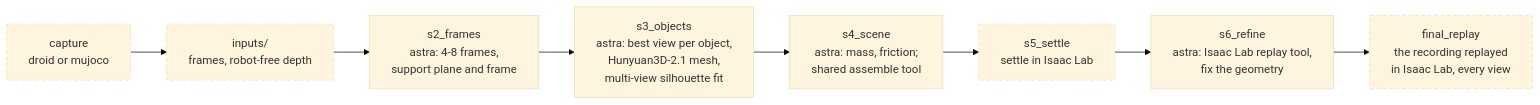
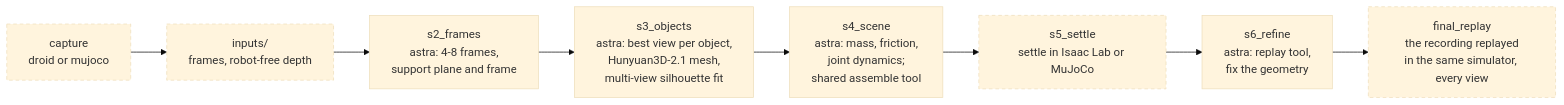
The second of 2 diagrams in README.md (weiqianwang123/R2S2R), drawn with Mermaid (base theme) before and after one commit. The commit also changed other lines of this file and 41 other files, not shown here.

First line of the commit message:
MuJoCo beside Isaac Lab, every joint's dynamics, no cloths

````diff
--- a/README.md
+++ b/README.md
@@ -60,12 +62,12 @@
 ```mermaid
 flowchart LR
   cap["capture<br/>droid or mujoco"] --> inp["inputs/<br/>frames, robot-free depth"]
   inp --> s2["s2_frames<br/>astra: 4-8 frames,<br/>support plane and frame"]
   s2 --> s3["s3_objects<br/>astra: best view per object,<br/>Hunyuan3D-2.1 mesh,<br/>multi-view silhouette fit"]
-  s3 --> s4["s4_scene<br/>astra: mass, friction;<br/>shared assemble tool"]
-  s4 --> s5["s5_settle<br/>settle in Isaac Lab"]
-  s5 --> s6["s6_refine<br/>astra: Isaac Lab replay tool,<br/>fix the geometry"]
-  s6 --> fr["final_replay<br/>the recording replayed<br/>in Isaac Lab, every view"]
+  s3 --> s4["s4_scene<br/>astra: mass, friction,<br/>joint dynamics;<br/>shared assemble tool"]
+  s4 --> s5["s5_settle<br/>settle in Isaac Lab or MuJoCo"]
+  s5 --> s6["s6_refine<br/>astra: replay tool,<br/>fix the geometry"]
+  s6 --> fr["final_replay<br/>the recording replayed<br/>in the same simulator, every view"]
   class cap,inp,s5,fr shared
   classDef shared stroke-dasharray: 5 4
 ```
````
